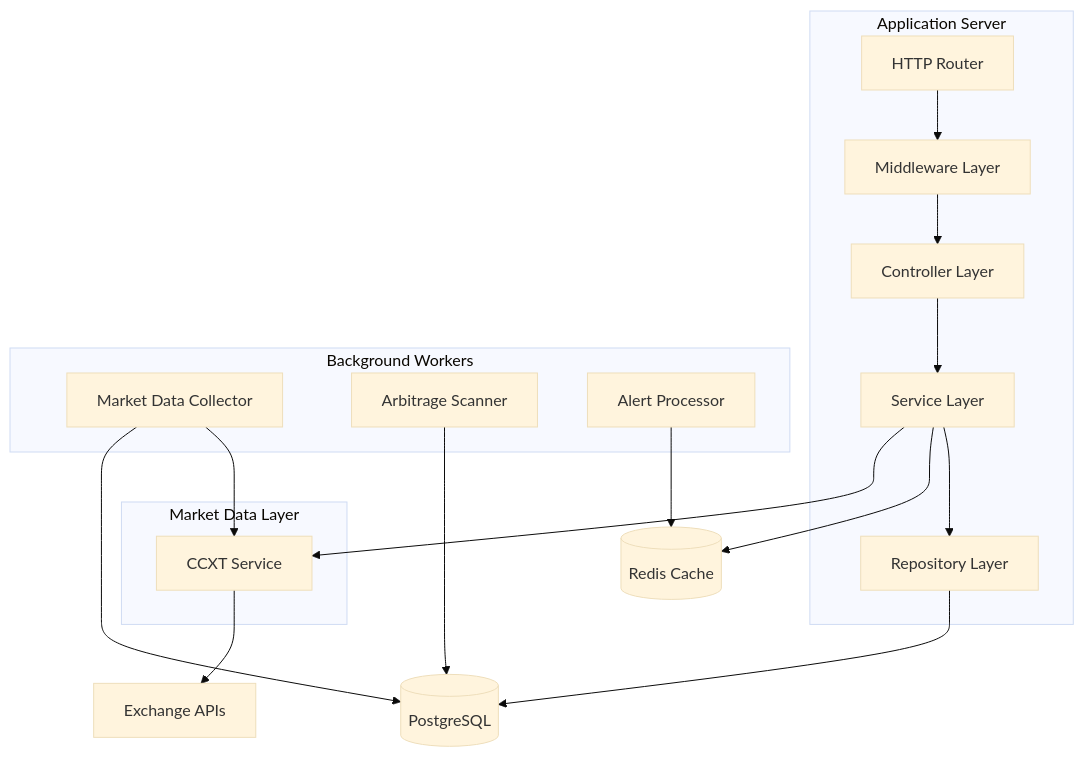
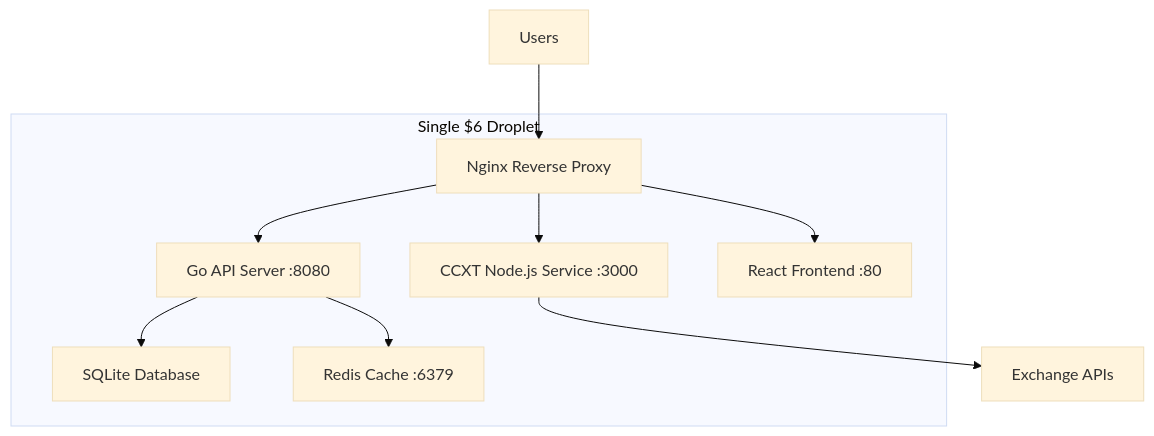
Before and after one commit to irfndi/celebrum-ai-go: the first of 2 diagrams in .trae/documents/technical_architecture.md, drawn with Mermaid (base theme). The commit also changed other lines of this file and 20 other files, not shown here.

````diff
--- a/.trae/documents/technical_architecture.md
+++ b/.trae/documents/technical_architecture.md
@@ -270,34 +41,19 @@
 ```mermaid
 graph TD
-    A[HTTP Router] --> B[Middleware Layer]
-    B --> C[Controller Layer]
-    C --> D[Service Layer]
-    D --> E[Repository Layer]
-    E --> F[(PostgreSQL)]
-    D --> G[(Redis Cache)]
-    D --> H[CCXT Service]
-    H --> I[Exchange APIs]
+    A[Users] --> B[Nginx Reverse Proxy]
+    B --> C[Go API Server :8080]
+    B --> D[CCXT Node.js Service :3000]
+    B --> E[React Frontend :80]
+    C --> F[SQLite Database]
+    C --> G[Redis Cache :6379]
+    D --> H[Exchange APIs]
     
-    subgraph "Application Server"
-        A
+    subgraph "Single $6 Droplet"
         B
         C
         D
         E
+        F
+        G
     end
-    
-    subgraph "Background Workers"
-        J[Market Data Collector]
-        K[Arbitrage Scanner]
-        L[Alert Processor]
-    end
-    
-    subgraph "Market Data Layer"
-        H
-    end
-    
-    J --> H
-    J --> F
-    K --> F
-    L --> G
 ```
````
